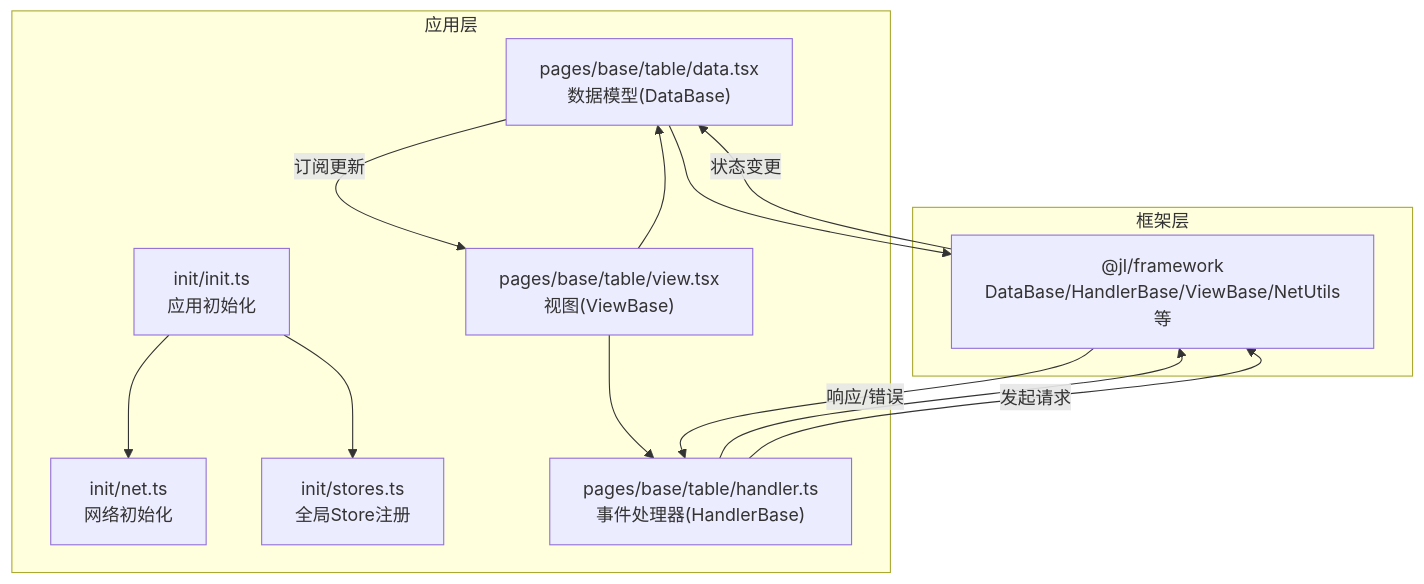
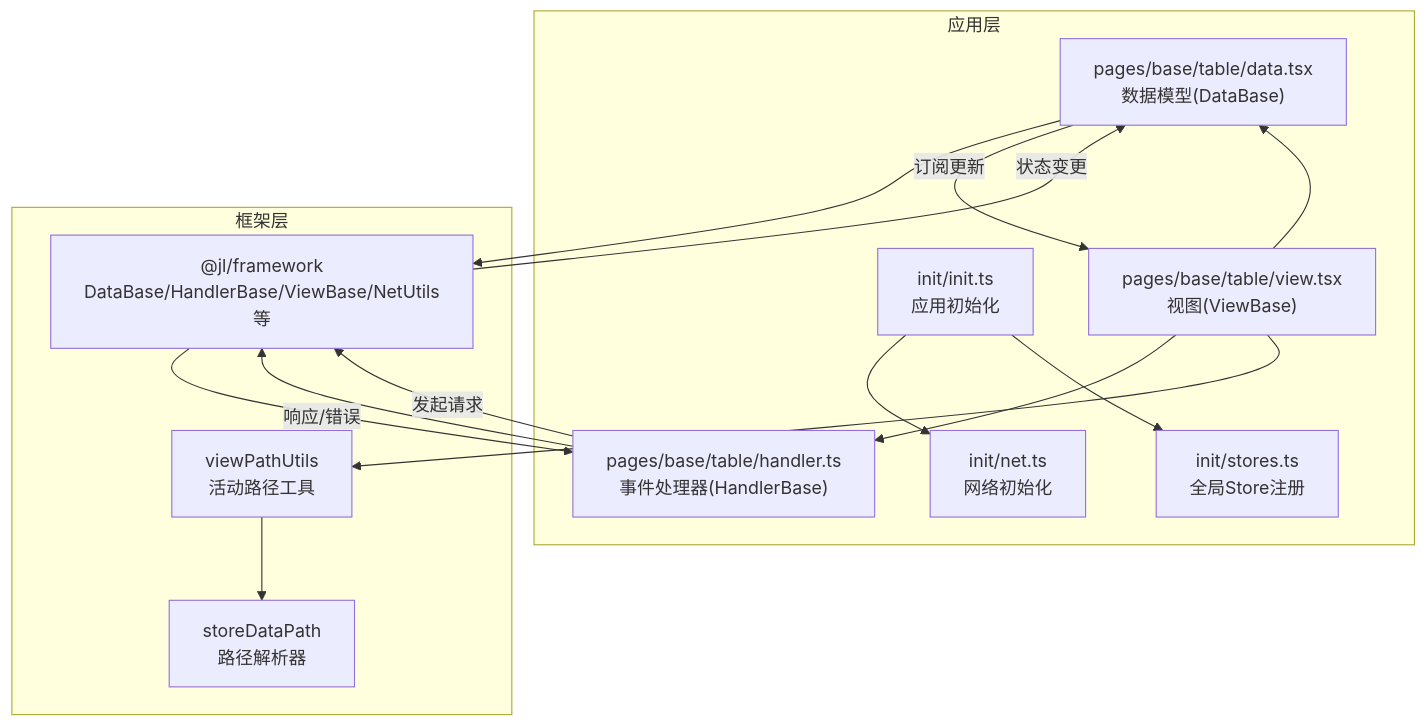
The first of 7 diagrams in .qoder/repowiki/zh/content/架构设计/数据流管理/数据流管理.md (liqiongke/FrontArk), drawn with Mermaid before and after one commit. The commit also changed other lines of this file and 17 other files, not shown here.

````diff
--- a/.qoder/repowiki/zh/content/架构设计/数据流管理/数据流管理.md
+++ b/.qoder/repowiki/zh/content/架构设计/数据流管理/数据流管理.md
@@ -46,24 +50,28 @@
 ```mermaid
 graph TB
 subgraph "应用层"
 A["init/init.ts<br/>应用初始化"]
 B["init/net.ts<br/>网络初始化"]
 C["init/stores.ts<br/>全局Store注册"]
 D["pages/base/table/data.tsx<br/>数据模型(DataBase)"]
 E["pages/base/table/handler.ts<br/>事件处理器(HandlerBase)"]
 F["pages/base/table/view.tsx<br/>视图(ViewBase)"]
 end
 subgraph "框架层"
 G["@jl/framework<br/>DataBase/HandlerBase/ViewBase/NetUtils等"]
+H["viewPathUtils<br/>活动路径工具"]
+I["storeDataPath<br/>路径解析器"]
 end
 A --> B
 A --> C
 F --> E
 F --> D
 E --> G
 D --> G
 E --> |发起请求| G
 G --> |响应/错误| E
 G --> |状态变更| D
 D --> |订阅更新| F
+F --> H
+H --> I
 ```
````
